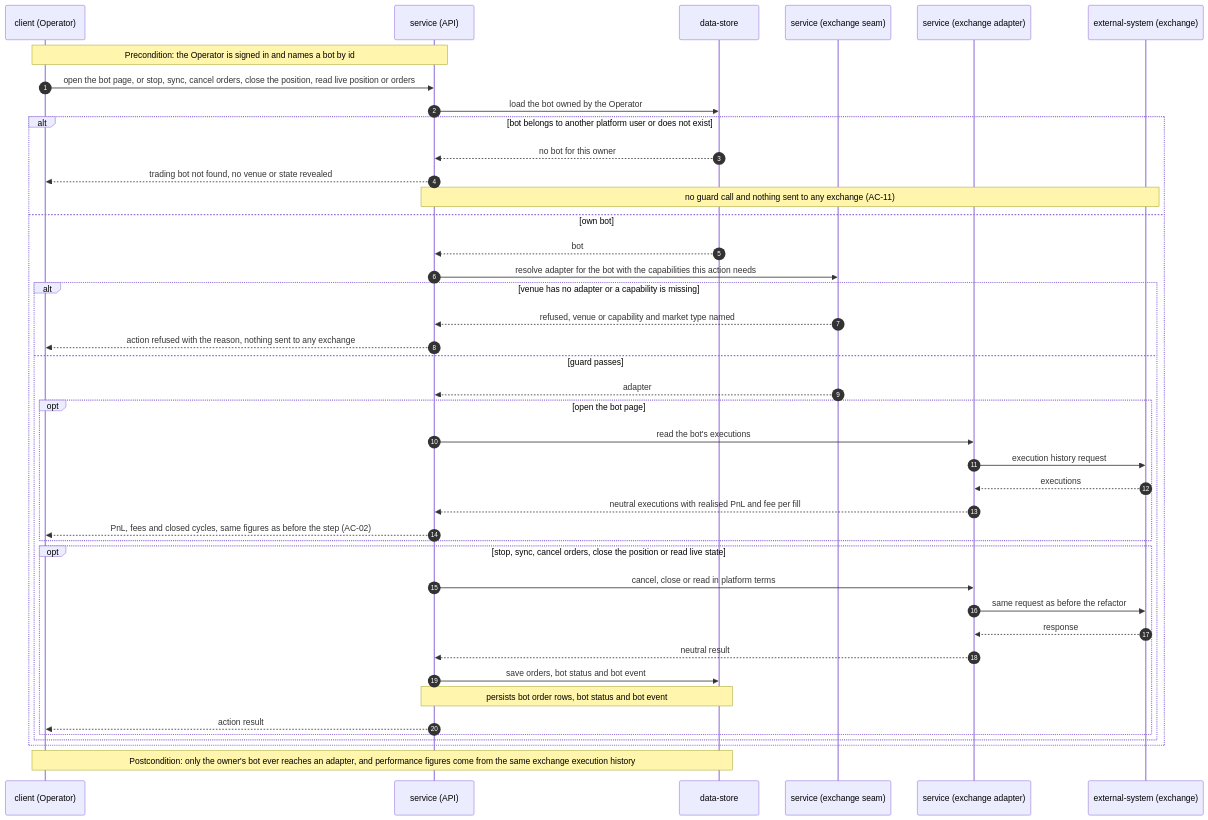
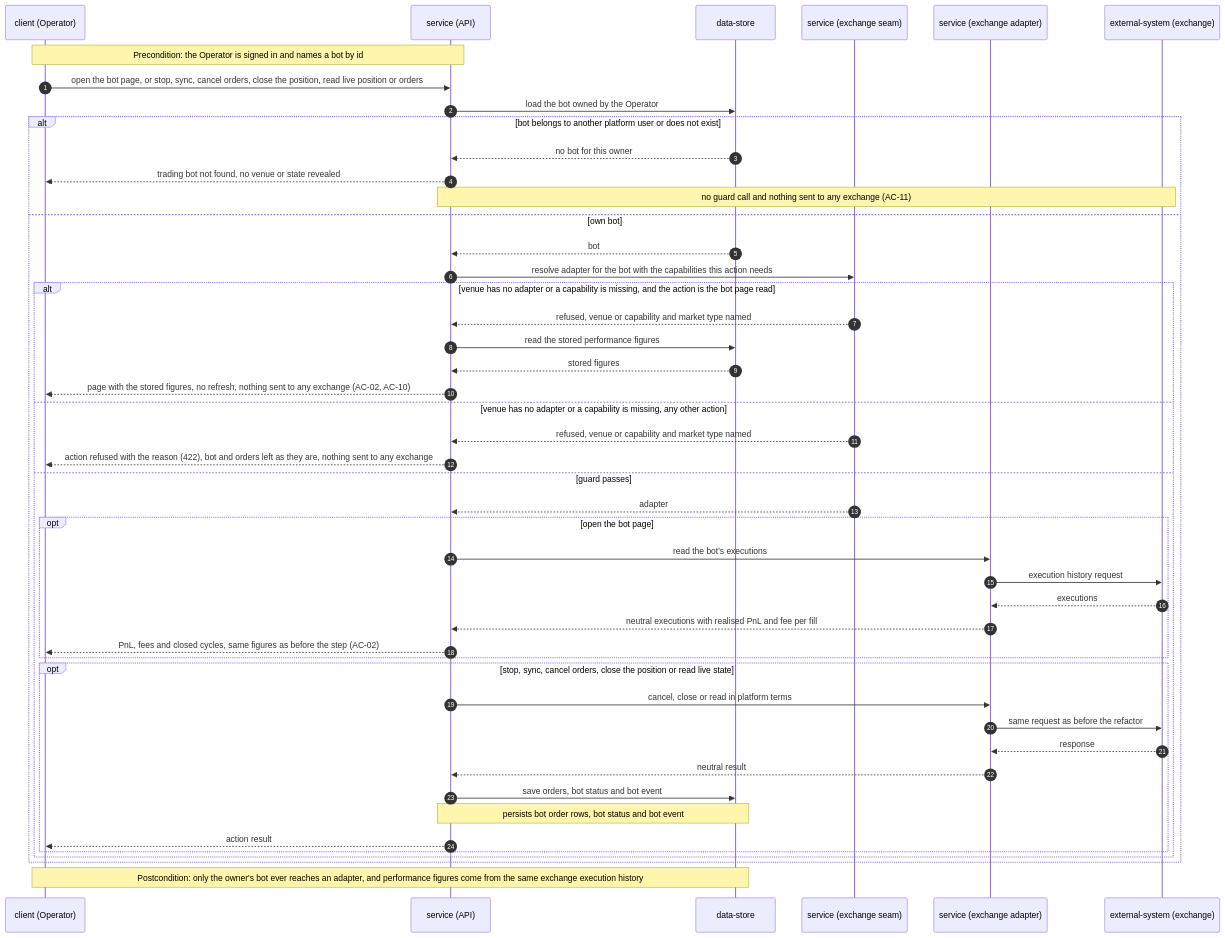
Before and after one commit to SoloOleh/AlgoTradeDynamics-experiments: the sixth of 14 diagrams in docs/features/exchange-adapter/sad.md, drawn with Mermaid. The commit also changed 4 other files, not shown here.

First line of the commit message:
docs(exchange-adapter): record the guard-refused stop in ADR-0004 and carry the api-sync gaps forward

````diff
--- a/docs/features/exchange-adapter/sad.md
+++ b/docs/features/exchange-adapter/sad.md
@@ -379,45 +379,50 @@
 ```mermaid
 sequenceDiagram
     autonumber
     participant C as client (Operator)
     participant API as service (API)
     participant DB as data-store
     participant SEAM as service (exchange seam)
     participant AD as service (exchange adapter)
     participant EX as external-system (exchange)
 
     Note over C,API: Precondition: the Operator is signed in and names a bot by id
     C->>API: open the bot page, or stop, sync, cancel orders, close the position, read live position or orders
     API->>DB: load the bot owned by the Operator
     alt bot belongs to another platform user or does not exist
         DB-->>API: no bot for this owner
         API-->>C: trading bot not found, no venue or state revealed
         Note over API,EX: no guard call and nothing sent to any exchange (AC-11)
     else own bot
         DB-->>API: bot
         API->>SEAM: resolve adapter for the bot with the capabilities this action needs
-        alt venue has no adapter or a capability is missing
+        alt venue has no adapter or a capability is missing, and the action is the bot page read
             SEAM-->>API: refused, venue or capability and market type named
-            API-->>C: action refused with the reason, nothing sent to any exchange
+            API->>DB: read the stored performance figures
+            DB-->>API: stored figures
+            API-->>C: page with the stored figures, no refresh, nothing sent to any exchange (AC-02, AC-10)
+        else venue has no adapter or a capability is missing, any other action
+            SEAM-->>API: refused, venue or capability and market type named
+            API-->>C: action refused with the reason (422), bot and orders left as they are, nothing sent to any exchange
         else guard passes
             SEAM-->>API: adapter
             opt open the bot page
                 API->>AD: read the bot's executions
                 AD->>EX: execution history request
                 EX-->>AD: executions
                 AD-->>API: neutral executions with realised PnL and fee per fill
                 API-->>C: PnL, fees and closed cycles, same figures as before the step (AC-02)
             end
             opt stop, sync, cancel orders, close the position or read live state
                 API->>AD: cancel, close or read in platform terms
                 AD->>EX: same request as before the refactor
                 EX-->>AD: response
                 AD-->>API: neutral result
                 API->>DB: save orders, bot status and bot event
                 Note over API,DB: persists bot order rows, bot status and bot event
                 API-->>C: action result
             end
         end
     end
     Note over C,DB: Postcondition: only the owner's bot ever reaches an adapter, and performance figures come from the same exchange execution history
 ```
````
